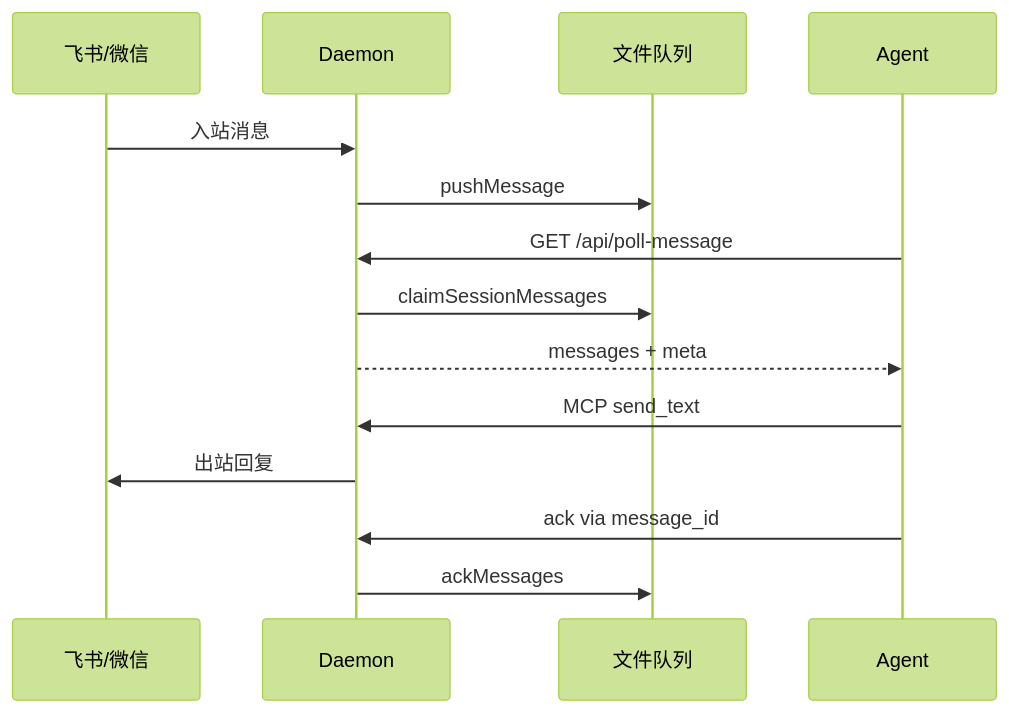
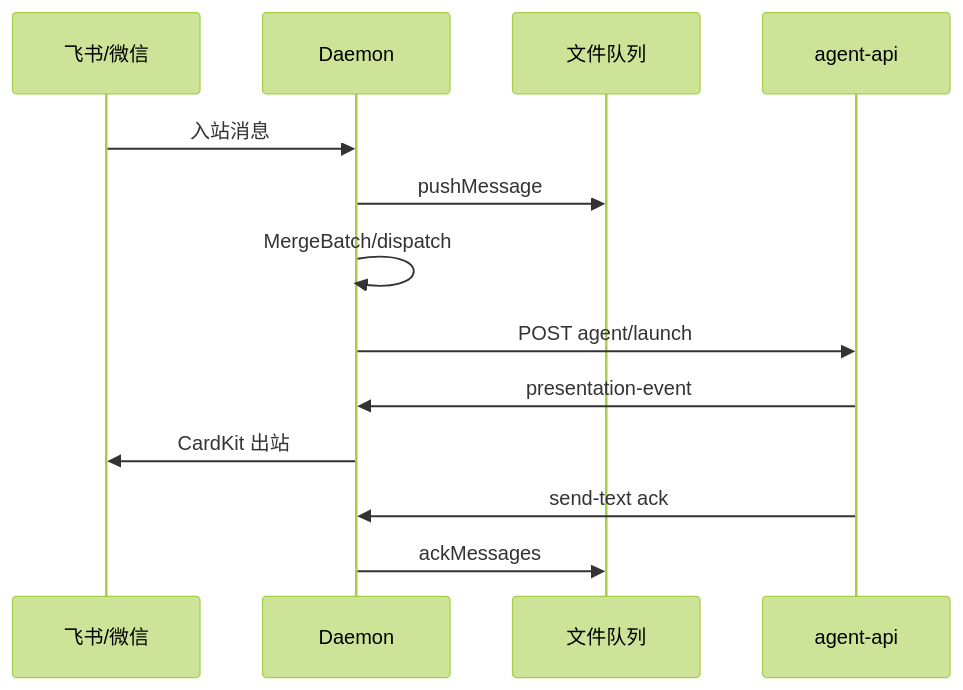
One commit to lk-eternal/cursor-claw changed the second of 3 diagrams in knowledge/工程平台/Daemon守护进程/01-概览.md. Above: the diagram before and after it, drawn with Mermaid (forest theme). The commit also changed other lines of this file and 33 other files, not shown here.

````diff
--- a/knowledge/工程平台/Daemon守护进程/01-概览.md
+++ b/knowledge/工程平台/Daemon守护进程/01-概览.md
@@ -32,16 +36,15 @@
 ```mermaid
 sequenceDiagram
   participant IM as 飞书/微信
   participant D as Daemon
   participant Q as 文件队列
-  participant A as Agent
+  participant E as agent-api
   IM->>D: 入站消息
   D->>Q: pushMessage
-  A->>D: GET /api/poll-message
-  D->>Q: claimSessionMessages
-  D-->>A: messages + meta
-  A->>D: MCP send_text
-  D->>IM: 出站回复
-  A->>D: ack via message_id
+  D->>D: MergeBatch/dispatch
+  D->>E: POST agent/launch
+  E->>D: presentation-event
+  D->>IM: CardKit 出站
+  E->>D: send-text ack
   D->>Q: ackMessages
 ```
````
